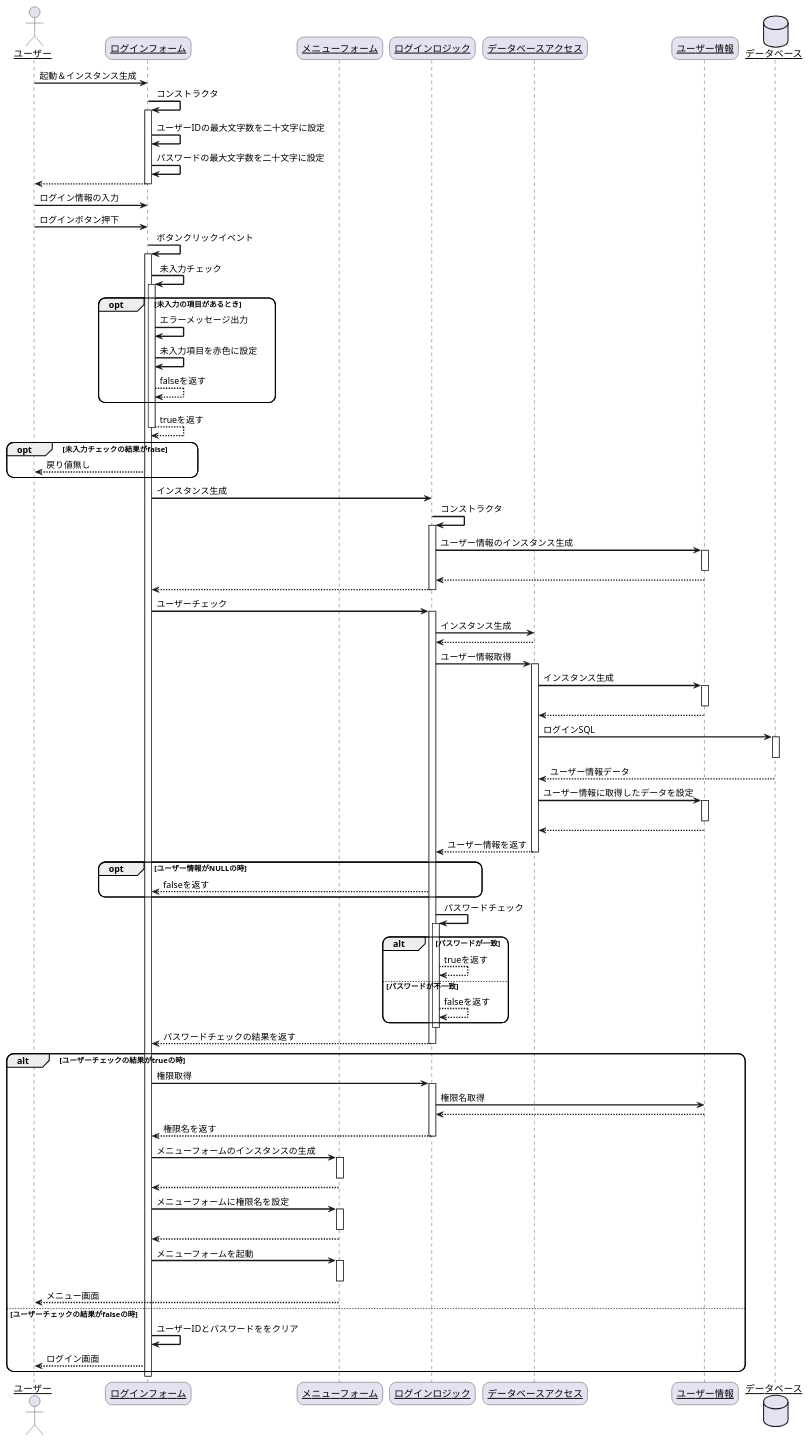
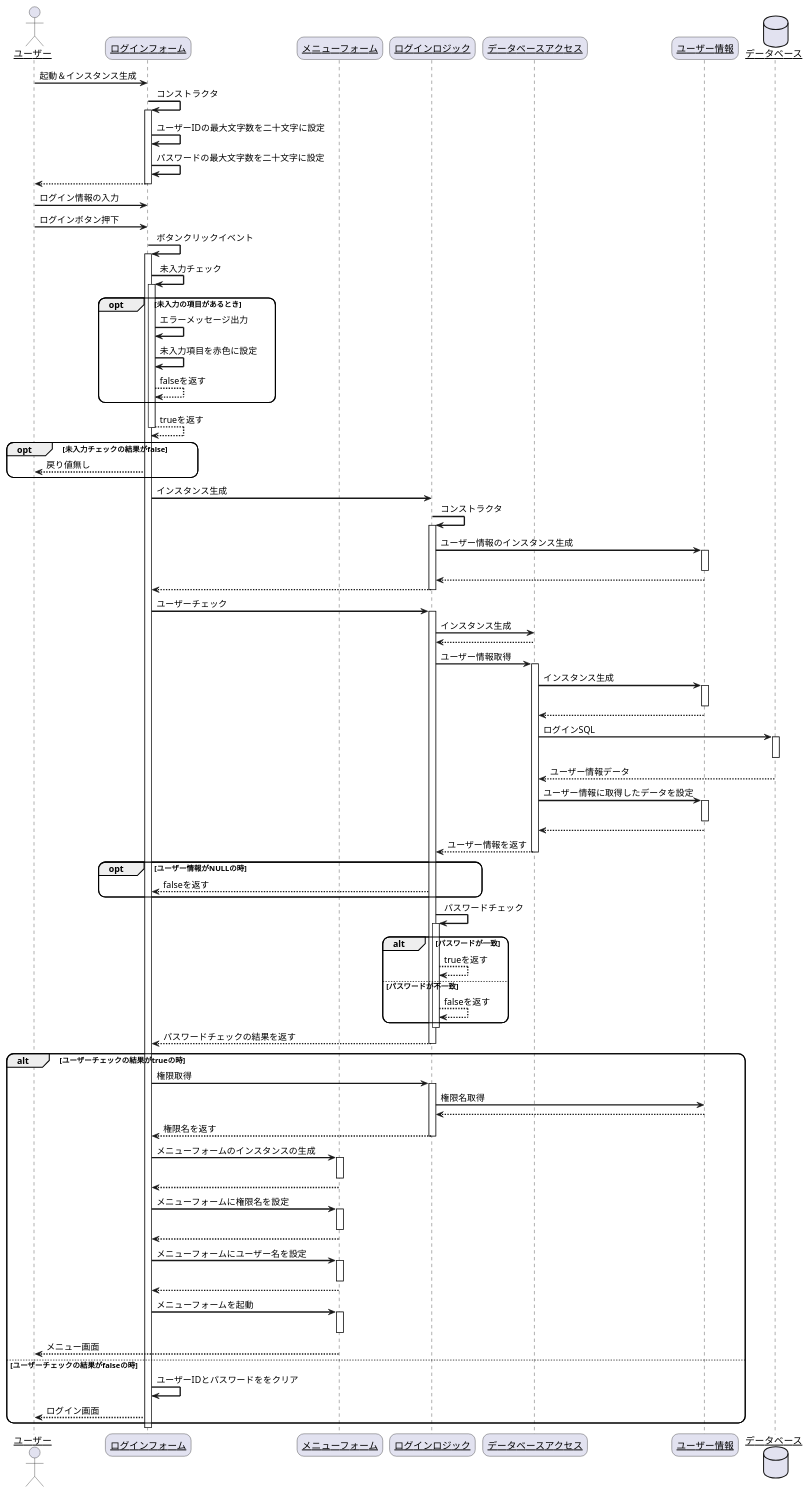
Before and after one commit to R-SAIKI/practiceUML: the diagram in シーケンス図/ログイン.pu, drawn with PlantUML. The commit also changed 6 other files, not shown here.

```diff
--- a/シーケンス図/ログイン.pu
+++ b/シーケンス図/ログイン.pu
@@ -1,109 +1,113 @@
 @startuml
 skinparam sequenceArrowThickness 2
 skinparam roundcorner 20
 skinparam maxmessagesize 60
 skinparam sequenceParticipant underline
 
 actor "ユーザー" as user
 participant "ログインフォーム" as login_form
 participant "メニューフォーム" as menu_form
 participant "ログインロジック" as login_logic
 participant "データベースアクセス" as data_acces
 participant "ユーザー情報" as user_info
 database "データベース" as db
 
 user -> login_form: 起動＆インスタンス生成
 login_form -> login_form: コンストラクタ
 activate login_form
 login_form -> login_form:ユーザーIDの最大文字数を二十文字に設定
 login_form -> login_form:パスワードの最大文字数を二十文字に設定
 
 login_form --> user:
 deactivate login_form
 user -> login_form: ログイン情報の入力
 user -> login_form: ログインボタン押下
 login_form -> login_form: ボタンクリックイベント
 activate login_form
 
 login_form -> login_form: 未入力チェック
 activate login_form
 opt 未入力の項目があるとき
     login_form -> login_form: エラーメッセージ出力
     login_form -> login_form: 未入力項目を赤色に設定
     login_form --> login_form:falseを返す
 end
 login_form --> login_form:trueを返す
 deactivate login_form
 opt 未入力チェックの結果がfalse
     login_form --> user:戻り値無し
 end
 login_form -> login_logic: インスタンス生成
 login_logic -> login_logic: コンストラクタ
 activate login_logic
 login_logic -> user_info: ユーザー情報のインスタンス生成
 activate user_info
 deactivate user_info
 user_info --> login_logic:
 login_logic --> login_form:
 deactivate login_logic
 login_form -> login_logic: ユーザーチェック
 activate login_logic
 login_logic -> data_acces: インスタンス生成
 data_acces --> login_logic:
 login_logic -> data_acces: ユーザー情報取得
 activate data_acces
 
 data_acces -> user_info: インスタンス生成
 activate user_info
 deactivate user_info
 user_info --> data_acces:
 data_acces -> db: ログインSQL
 activate db
 deactivate db
 db --> data_acces: ユーザー情報データ
 data_acces -> user_info: ユーザー情報に取得したデータを設定
 activate user_info
 deactivate user_info
 user_info --> data_acces:
 data_acces --> login_logic: ユーザー情報を返す
 deactivate data_acces
 opt ユーザー情報がNULLの時
     login_logic --> login_form: falseを返す
 end
 login_logic -> login_logic: パスワードチェック
 activate login_logic
 alt パスワードが一致
     login_logic --> login_logic: trueを返す
 else パスワードが不一致
     login_logic --> login_logic: falseを返す
 end
 deactivate login_logic
 login_logic --> login_form: パスワードチェックの結果を返す
 deactivate login_logic
 deactivate login_logic
 alt ユーザーチェックの結果がtrueの時
     login_form -> login_logic: 権限取得
     activate login_logic
     login_logic -> user_info: 権限名取得
     user_info --> login_logic: 
     login_logic --> login_form: 権限名を返す
     deactivate login_logic
     login_form -> menu_form: メニューフォームのインスタンスの生成
     activate menu_form
     deactivate menu_form
     menu_form --> login_form: 
     login_form -> menu_form: メニューフォームに権限名を設定
     activate menu_form
     deactivate menu_form
     menu_form --> login_form: 
+    login_form -> menu_form: メニューフォームにユーザー名を設定
+    activate menu_form
+    deactivate menu_form
+    menu_form --> login_form: 
     login_form -> menu_form: メニューフォームを起動
     activate menu_form
     deactivate menu_form
     menu_form --> user: メニュー画面
 else ユーザーチェックの結果がfalseの時
     login_form -> login_form: ユーザーIDとパスワードををクリア
     login_form --> user: ログイン画面
 end
 deactivate login_form
 
 @enduml
```
